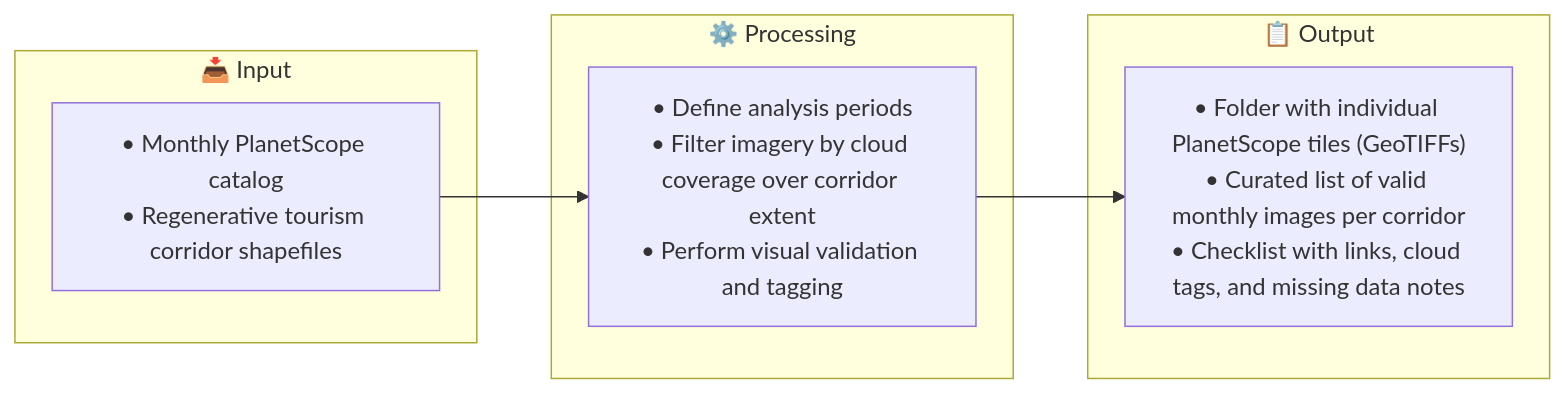
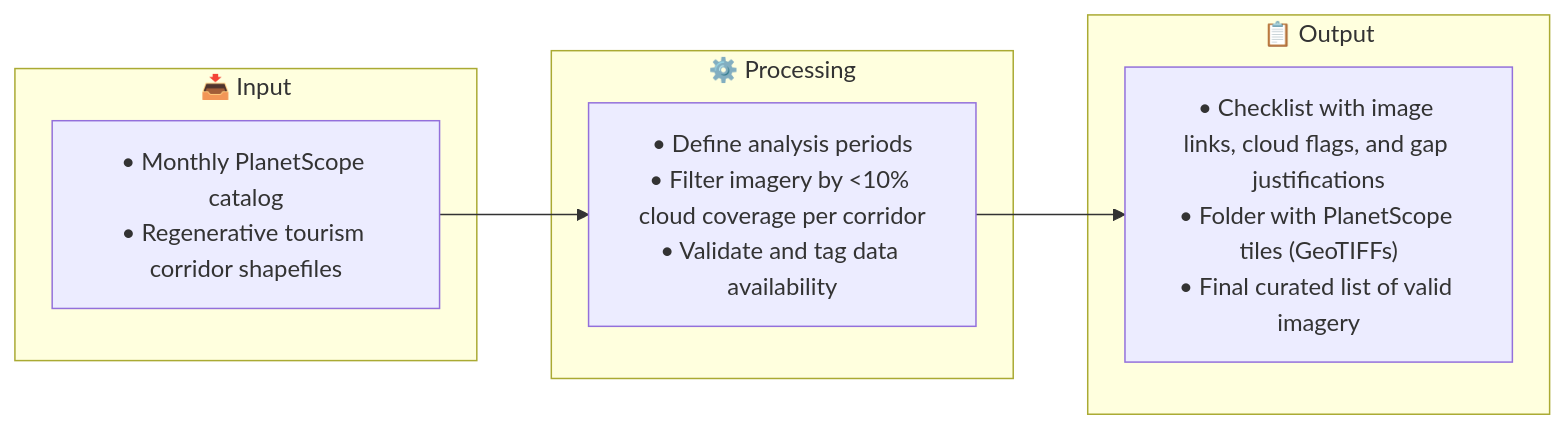
One commit to WennOlarteE/portfolio changed the first of 3 diagrams in RegenerativeTourism/README.md. Above: the diagram before and after it, drawn with Mermaid. The commit also changed other lines of this file, not shown here.

````diff
--- a/RegenerativeTourism/README.md
+++ b/RegenerativeTourism/README.md
@@ -52,16 +52,16 @@
 ```mermaid
 flowchart LR
     subgraph A[📥 Input]
         A1["• Monthly PlanetScope catalog<br>• Regenerative tourism corridor shapefiles"]
     end
 
     subgraph B[⚙️ Processing]
-        B1["• Define analysis periods<br>• Filter imagery by cloud coverage over corridor extent<br>• Perform visual validation and tagging"]
+        B1["• Define analysis periods<br>• Filter imagery by <10% cloud coverage per corridor<br>• Validate and tag data availability"]
     end
 
     subgraph C[📋 Output]
-        C1["• Folder with individual PlanetScope tiles (GeoTIFFs)<br>• Curated list of valid monthly images per corridor<br>• Checklist with links, cloud tags, and missing data notes"]
+        C1["• Checklist with image links, cloud flags, and gap justifications<br>• Folder with PlanetScope tiles (GeoTIFFs)<br>• Final curated list of valid imagery"]
     end
 
     A1 --> B1 --> C1
 ```
````
